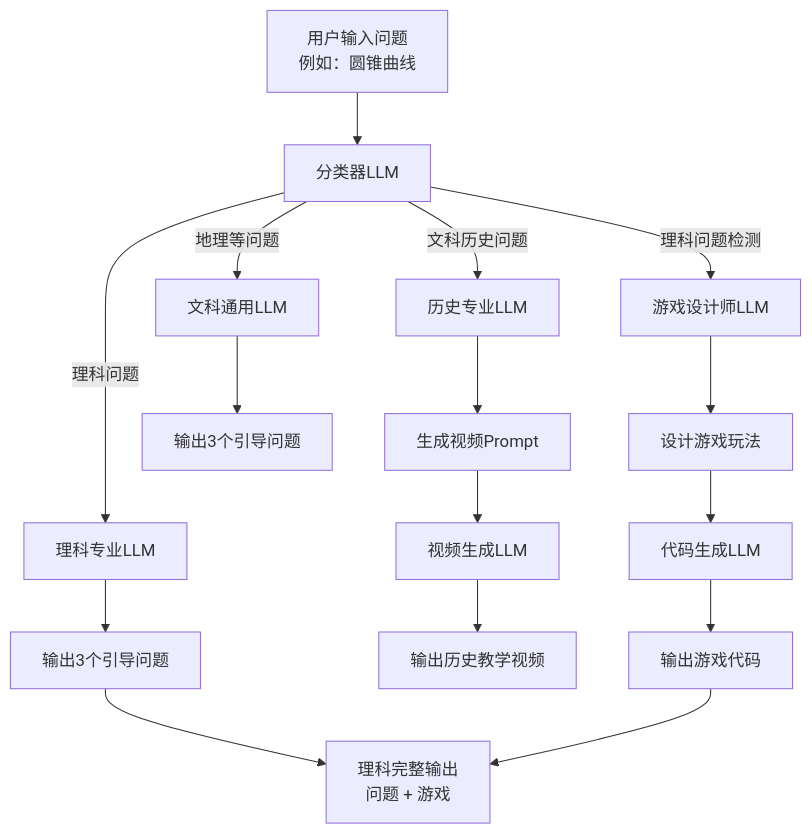
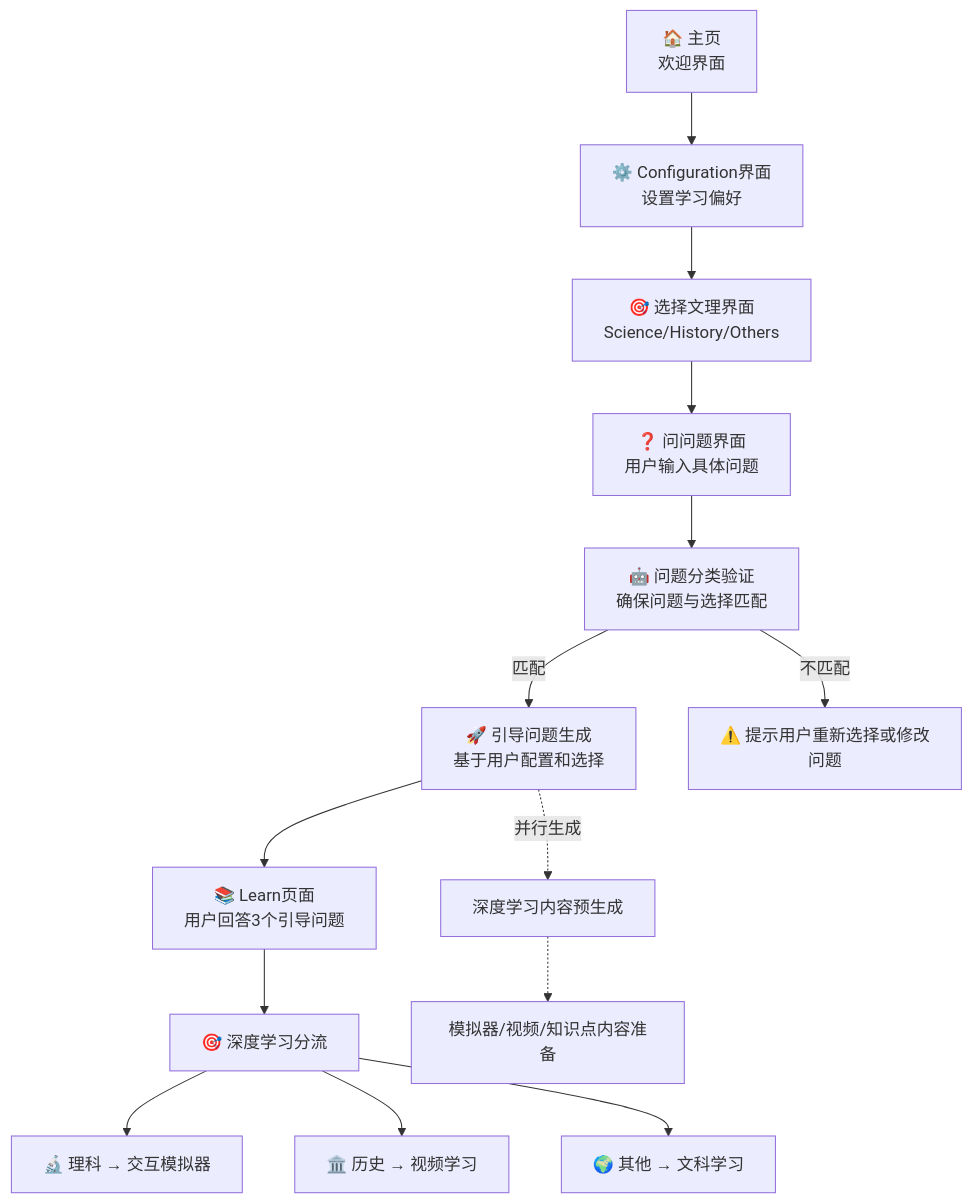
Before and after one commit to Randy-sin/KnowGo: the diagram in docx/dify-workflow-architecture.md, drawn with Mermaid. The commit also changed other lines of this file and 22 other files, not shown here.

````diff
--- a/docx/dify-workflow-architecture.md
+++ b/docx/dify-workflow-architecture.md
@@ -11,26 +11,25 @@
 ```mermaid
 flowchart TD
-    A["用户输入问题<br/>例如：圆锥曲线"] --> B["分类器LLM"]
+    A["🏠 主页<br/>欢迎界面"] --> B["⚙️ Configuration界面<br/>设置学习偏好"]
     
-    B -->|理科问题| C["理科专业LLM"]
-    B -->|文科历史问题| D["历史专业LLM"]
-    B -->|地理等问题| E["文科通用LLM"]
+    B --> C["🎯 选择文理界面<br/>Science/History/Others"]
     
-    C --> F["输出3个引导问题"]
+    C --> D["❓ 问问题界面<br/>用户输入具体问题"]
     
-    D --> G["生成视频Prompt"]
-    G --> H["视频生成LLM"]
-    H --> I["输出历史教学视频"]
+    D --> E["🤖 问题分类验证<br/>确保问题与选择匹配"]
     
-    E --> J["输出3个引导问题"]
+    E -->|匹配| F["🚀 引导问题生成<br/>基于用户配置和选择"]
+    E -->|不匹配| G["⚠️ 提示用户重新选择或修改问题"]
     
-    %% 并行游戏生成流程
-    B -->|理科问题检测| K["游戏设计师LLM"]
-    K --> L["设计游戏玩法"]
-    L --> M["代码生成LLM"]
-    M --> N["输出游戏代码"]
+    F --> H["📚 Learn页面<br/>用户回答3个引导问题"]
     
-    %% 合并输出
-    F --> O["理科完整输出<br/>问题 + 游戏"]
-    N --> O
+    H --> I["🎯 深度学习分流"]
+    
+    I --> J["🔬 理科 → 交互模拟器"]
+    I --> K["🏛️ 历史 → 视频学习"]
+    I --> L["🌍 其他 → 文科学习"]
+    
+    %% 并行内容预生成
+    F -.->|并行生成| M["深度学习内容预生成"]
+    M -.-> N["模拟器/视频/知识点内容准备"]
 ```
````
